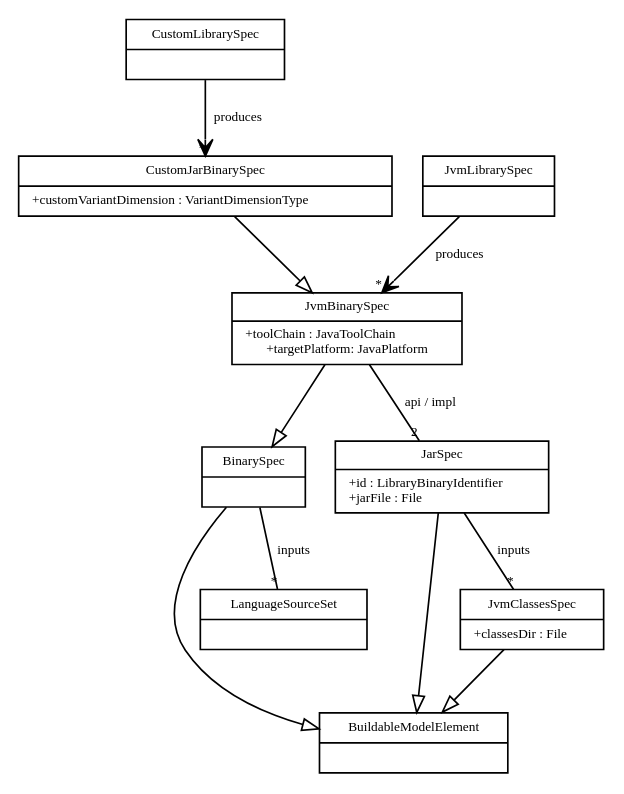
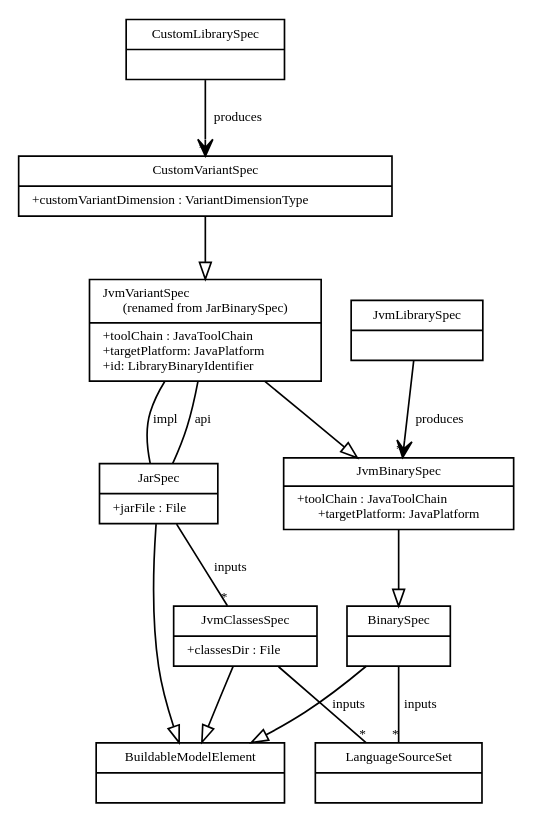
Before and after one commit to gradle/gradle: the diagram in design-docs/img/classesspec-after.dot, drawn with Graphviz. The commit also changed 1 other file, not shown here.

Commit message:
Fixed diagram to better represent the outcome of the refactorings

```diff
--- a/design-docs/img/classesspec-after.dot
+++ b/design-docs/img/classesspec-after.dot
@@ -1,92 +1,108 @@
 digraph G {
     fontname = "Bitstream Vera Sans"
     fontsize = 8
 
     node [
         fontname = "Bitstream Vera Sans"
         fontsize = 8
         shape = "record"
     ]
 
     edge [
         fontname = "Bitstream Vera Sans"
         fontsize = 8
     ]
 
     BuildableModelElement [
         label = "{BuildableModelElement|\l}"
     ]
 
     LanguageSourceSet [
         label = "{LanguageSourceSet|\l}"
     ]
 
     BinarySpec [
         label = "{BinarySpec|\l}"
     ]
 
     JvmClassesSpec [
         label = "{JvmClassesSpec|+classesDir : File\l}"
     ]
 
     JvmBinarySpec [
         label = "{JvmBinarySpec|+toolChain : JavaToolChain\l+targetPlatform: JavaPlatform}"
     ]
 
-    JarSpec [
-        label = "{JarSpec|+id :  LibraryBinaryIdentifier\l+jarFile : File \l}"
+    JvmVariantSpec [
+        label = "{JvmVariantSpec\l(renamed from JarBinarySpec)|+toolChain : JavaToolChain\l+targetPlatform: JavaPlatform\l+id:  LibraryBinaryIdentifier\l}"
     ]
 
-    CustomJarBinarySpec [
-        label = "{CustomJarBinarySpec|+customVariantDimension :  VariantDimensionType\l}"
+    JarSpec [
+        label = "{JarSpec|+jarFile : File \l}"
+    ]
+
+    CustomVariantSpec [
+        label = "{CustomVariantSpec|+customVariantDimension :  VariantDimensionType\l}"
     ]
 
     JvmLibrarySpec [
        label = "{JvmLibrarySpec|\l}"
     ]
 
     CustomLibrarySpec [
        label = "{CustomLibrarySpec|\l}"
     ]
 
     edge [
        arrowhead = "empty"
     ]
 
     BinarySpec -> BuildableModelElement
     JvmClassesSpec -> BuildableModelElement
     JvmBinarySpec -> BinarySpec
+    JvmVariantSpec -> JvmBinarySpec
     JarSpec -> BuildableModelElement
-    CustomJarBinarySpec -> JvmBinarySpec
+    CustomVariantSpec -> JvmVariantSpec
 
     edge [
         arrowhead = "none"
 
         headlabel = "*"
         label = "inputs"
         taillabel = ""
     ]
 
     BinarySpec -> LanguageSourceSet
     JarSpec -> JvmClassesSpec
+    JvmClassesSpec -> LanguageSourceSet
 
     edge [
         arrowhead = "none"
 
-        headlabel = "2"
-        label = "api / impl"
+        headlabel = ""
+        label = "api"
         taillabel = ""
     ]
 
-    JvmBinarySpec -> JarSpec
+    JvmVariantSpec -> JarSpec
+
+    edge [
+        arrowhead = "none"
+
+        headlabel = ""
+        label = "impl"
+        taillabel = ""
+    ]
+
+    JvmVariantSpec -> JarSpec
 
     edge [
         arrowhead = "open"
         headlabel = "*"
         label = "produces"
         taillabel = ""
     ]
 
     JvmLibrarySpec -> JvmBinarySpec
-    CustomLibrarySpec -> CustomJarBinarySpec
+    CustomLibrarySpec -> CustomVariantSpec
 }
```
